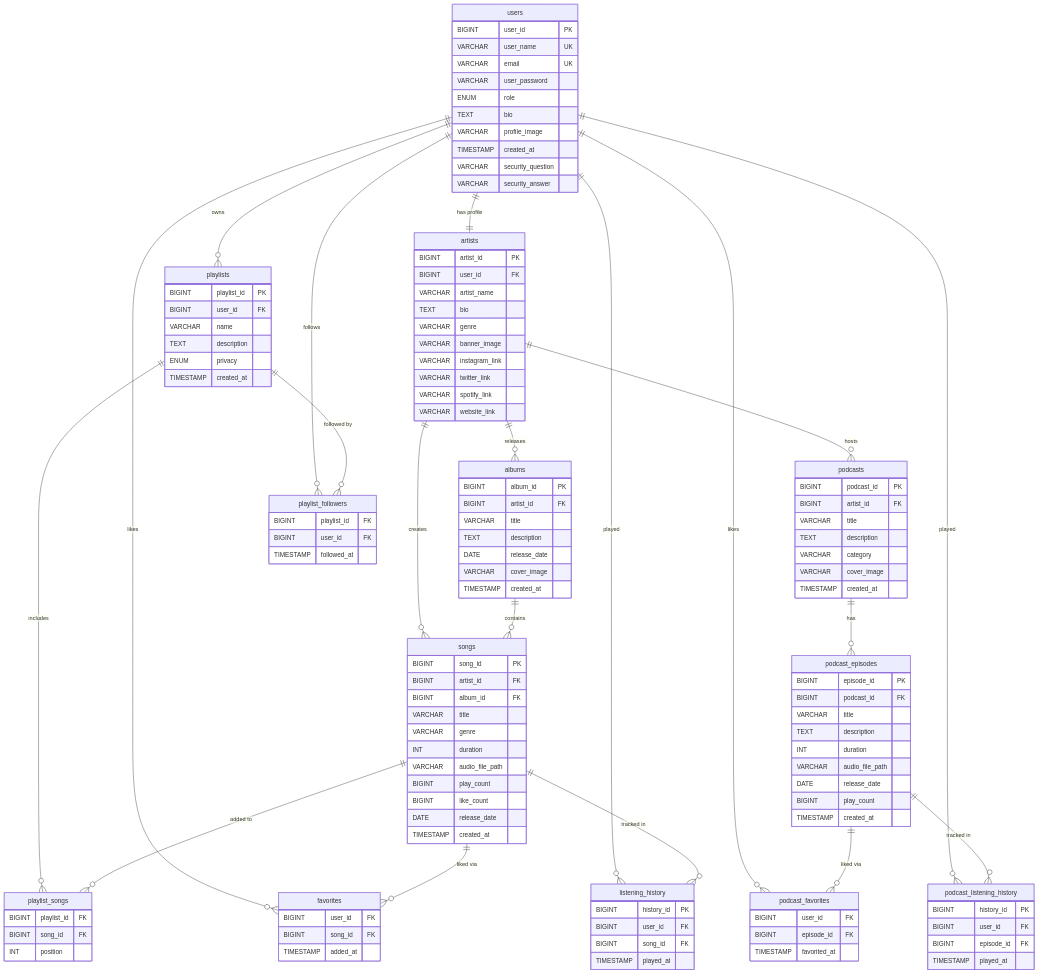
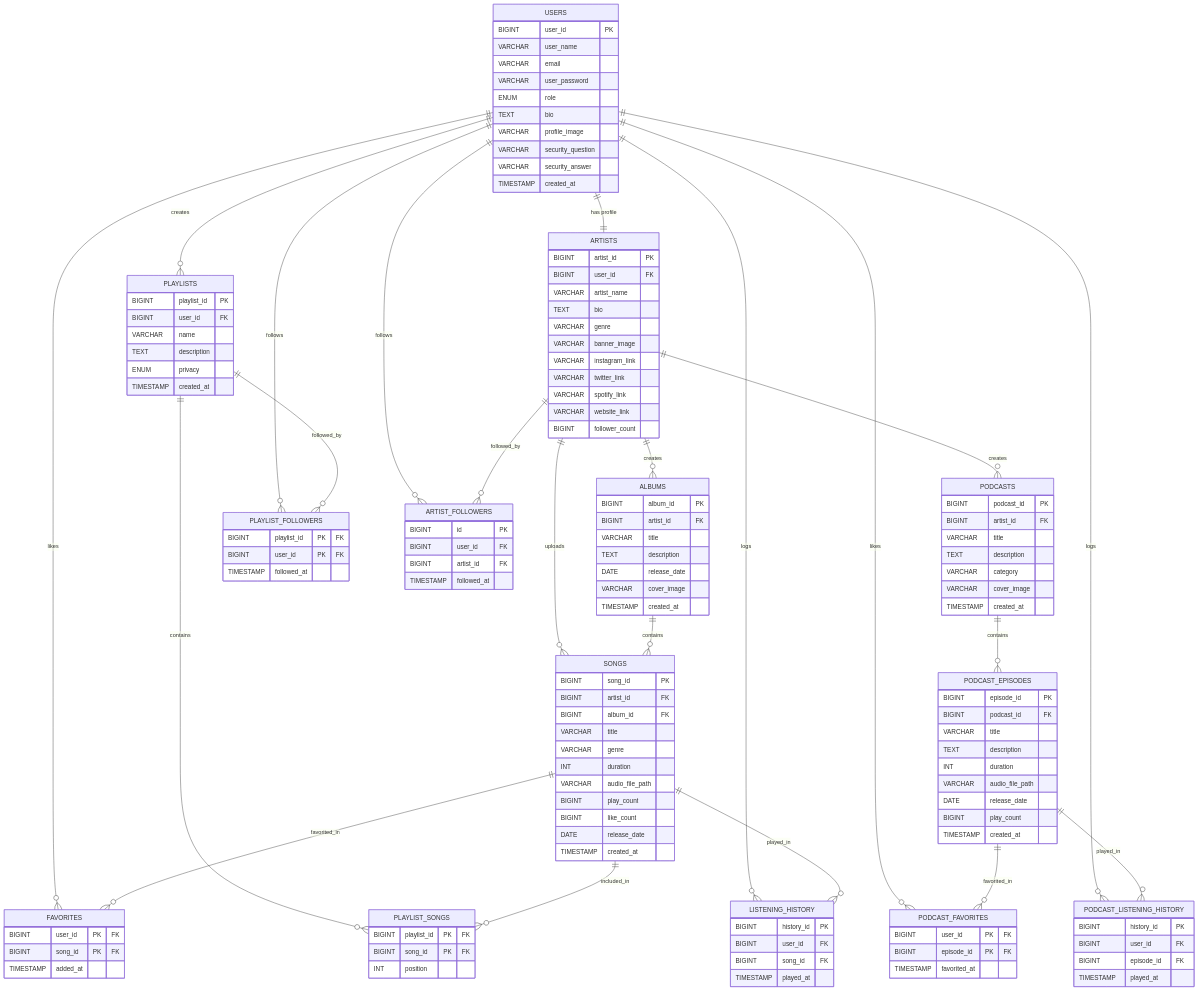
The diagram in README.md (arkp1/RevPlay-P2), drawn with Mermaid before and after one commit.

Commit message:
Refactor database schema for consistency and clarity
Updated database schema to use uppercase table names and removed redundant favorites and podcast_favorites definitions.

````diff
--- a/README.md
+++ b/README.md
@@ -102,19 +102,18 @@
 ```mermaid
 erDiagram
-    users {
+    USERS {
         BIGINT user_id PK
-        VARCHAR user_name UK
-        VARCHAR email UK
+        VARCHAR user_name
+        VARCHAR email
         VARCHAR user_password
         ENUM role
         TEXT bio
         VARCHAR profile_image
-        TIMESTAMP created_at
         VARCHAR security_question
         VARCHAR security_answer
+        TIMESTAMP created_at
     }
-
-    artists {
+    ARTISTS {
         BIGINT artist_id PK
         BIGINT user_id FK
         VARCHAR artist_name
@@ -125,9 +124,9 @@
         VARCHAR twitter_link
         VARCHAR spotify_link
         VARCHAR website_link
+        BIGINT follower_count
     }
-
-    albums {
+    ALBUMS {
         BIGINT album_id PK
         BIGINT artist_id FK
         VARCHAR title
@@ -136,8 +135,7 @@
         VARCHAR cover_image
         TIMESTAMP created_at
     }
-
-    songs {
+    SONGS {
         BIGINT song_id PK
         BIGINT artist_id FK
         BIGINT album_id FK
@@ -150,8 +148,7 @@
         DATE release_date
         TIMESTAMP created_at
     }
-
-    podcasts {
+    PODCASTS {
         BIGINT podcast_id PK
         BIGINT artist_id FK
         VARCHAR title
@@ -160,8 +157,7 @@
         VARCHAR cover_image
         TIMESTAMP created_at
     }
-
-    podcast_episodes {
+    PODCAST_EPISODES {
         BIGINT episode_id PK
         BIGINT podcast_id FK
         VARCHAR title
@@ -172,8 +168,17 @@
         BIGINT play_count
         TIMESTAMP created_at
     }
-
-    playlists {
+    FAVORITES {
+        BIGINT user_id PK "FK"
+        BIGINT song_id PK "FK"
+        TIMESTAMP added_at
+    }
+    PODCAST_FAVORITES {
+        BIGINT user_id PK "FK"
+        BIGINT episode_id PK "FK"
+        TIMESTAMP favorited_at
+    }
+    PLAYLISTS {
         BIGINT playlist_id PK
         BIGINT user_id FK
         VARCHAR name
@@ -181,62 +186,54 @@
         ENUM privacy
         TIMESTAMP created_at
     }
-
-    favorites {
-        BIGINT user_id FK
-        BIGINT song_id FK
-        TIMESTAMP added_at
-    }
-
-    podcast_favorites {
-        BIGINT user_id FK
-        BIGINT episode_id FK
-        TIMESTAMP favorited_at
-    }
-
-    playlist_songs {
-        BIGINT playlist_id FK
-        BIGINT song_id FK
+    PLAYLIST_SONGS {
+        BIGINT playlist_id PK "FK"
+        BIGINT song_id PK "FK"
         INT position
     }
-
-    playlist_followers {
-        BIGINT playlist_id FK
-        BIGINT user_id FK
+    PLAYLIST_FOLLOWERS {
+        BIGINT playlist_id PK "FK"
+        BIGINT user_id PK "FK"
         TIMESTAMP followed_at
     }
-
-    listening_history {
+    ARTIST_FOLLOWERS {
+        BIGINT id PK
+        BIGINT user_id FK
+        BIGINT artist_id FK
+        TIMESTAMP followed_at
+    }
+    LISTENING_HISTORY {
         BIGINT history_id PK
         BIGINT user_id FK
         BIGINT song_id FK
         TIMESTAMP played_at
     }
-
-    podcast_listening_history {
+    PODCAST_LISTENING_HISTORY {
         BIGINT history_id PK
         BIGINT user_id FK
         BIGINT episode_id FK
         TIMESTAMP played_at
     }
 
-    users ||--|| artists : "has profile"
-    artists ||--o{ albums : "releases"
-    artists ||--o{ songs : "creates"
-    artists ||--o{ podcasts : "hosts"
-    albums ||--o{ songs : "contains"
-    podcasts ||--o{ podcast_episodes : "has"
-    users ||--o{ playlists : "owns"
-    users ||--o{ favorites : "likes"
-    users ||--o{ podcast_favorites : "likes"
-    users ||--o{ playlist_followers : "follows"
-    users ||--o{ listening_history : "played"
-    users ||--o{ podcast_listening_history : "played"
-    playlists ||--o{ playlist_songs : "includes"
-    playlists ||--o{ playlist_followers : "followed by"
-    songs ||--o{ playlist_songs : "added to"
-    songs ||--o{ favorites : "liked via"
-    songs ||--o{ listening_history : "tracked in"
-    podcast_episodes ||--o{ podcast_favorites : "liked via"
-    podcast_episodes ||--o{ podcast_listening_history : "tracked in"
+    USERS ||--|| ARTISTS : "has profile"
+    ARTISTS ||--o{ ALBUMS : creates
+    ARTISTS ||--o{ SONGS : uploads
+    ARTISTS ||--o{ PODCASTS : creates
+    ALBUMS ||--o{ SONGS : contains
+    PODCASTS ||--o{ PODCAST_EPISODES : contains
+    USERS ||--o{ FAVORITES : likes
+    SONGS ||--o{ FAVORITES : favorited_in
+    USERS ||--o{ PODCAST_FAVORITES : likes
+    PODCAST_EPISODES ||--o{ PODCAST_FAVORITES : favorited_in
+    USERS ||--o{ PLAYLISTS : creates
+    PLAYLISTS ||--o{ PLAYLIST_SONGS : contains
+    SONGS ||--o{ PLAYLIST_SONGS : included_in
+    USERS ||--o{ PLAYLIST_FOLLOWERS : follows
+    PLAYLISTS ||--o{ PLAYLIST_FOLLOWERS : followed_by
+    USERS ||--o{ ARTIST_FOLLOWERS : follows
+    ARTISTS ||--o{ ARTIST_FOLLOWERS : followed_by
+    USERS ||--o{ LISTENING_HISTORY : logs
+    SONGS ||--o{ LISTENING_HISTORY : played_in
+    USERS ||--o{ PODCAST_LISTENING_HISTORY : logs
+    PODCAST_EPISODES ||--o{ PODCAST_LISTENING_HISTORY : played_in
 ```
````
